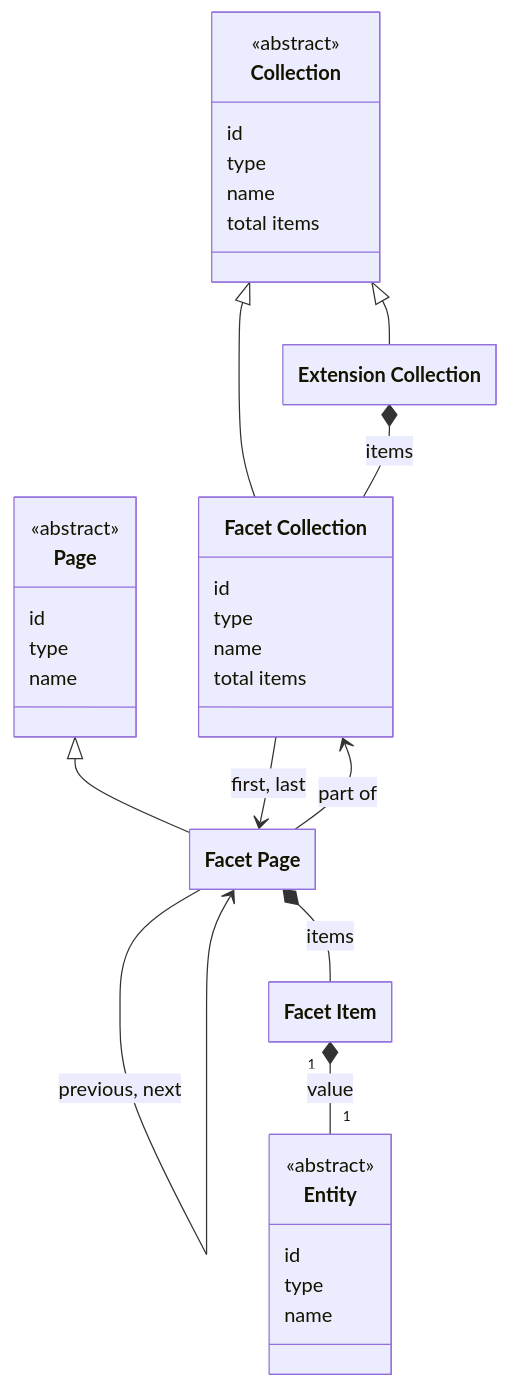
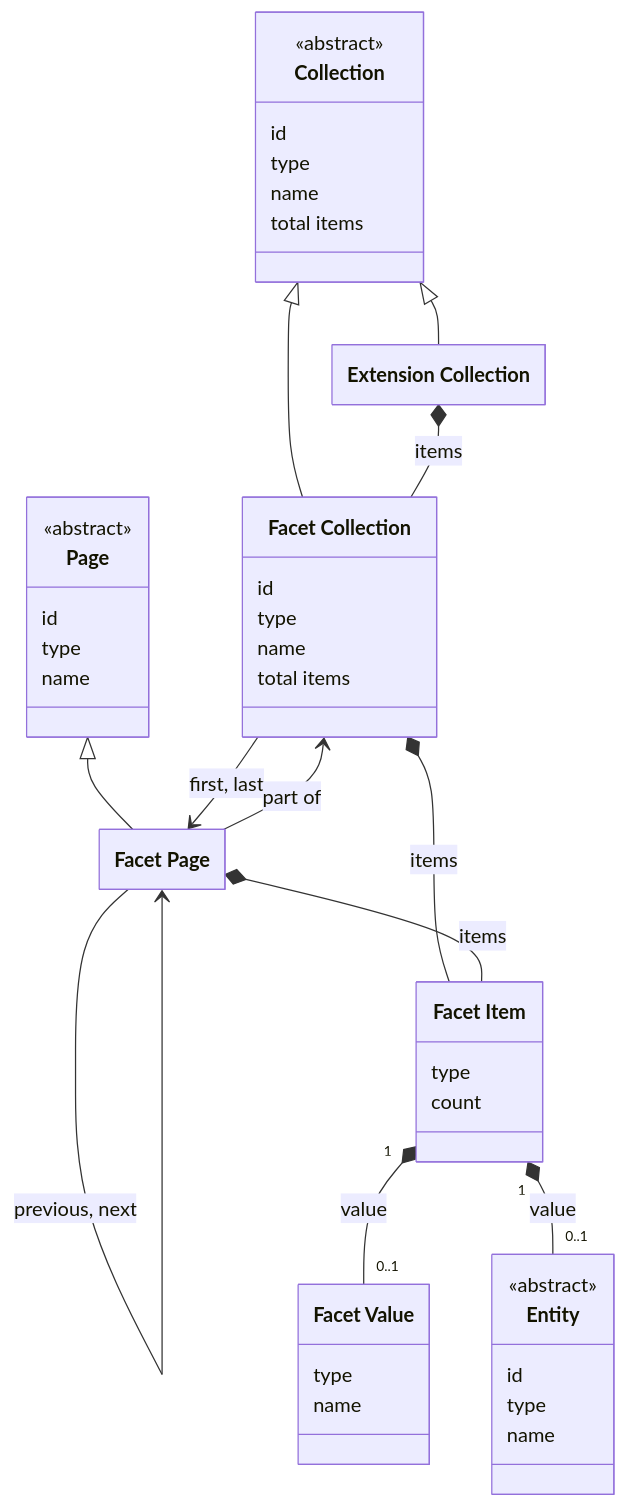
One commit to netwerk-digitaal-erfgoed/netwerk-digitaal-erfgoed.github.io changed the diagram in docs/requirements/data-layer-api/rest/facets.md. Above: the diagram before and after it, drawn with Mermaid. The commit also changed other lines of this file and 2 other files, not shown here.

````diff
--- a/docs/requirements/data-layer-api/rest/facets.md
+++ b/docs/requirements/data-layer-api/rest/facets.md
@@ -35,52 +36,62 @@
 ```mermaid
 ---
   config:
     class:
       hideEmptyMembersBox: true
 ---
 classDiagram
 
 class Collection["Collection"] {
   <<abstract>>
   id
   type
   name
   total items
 }
 
 class ExtensionCollection["Extension Collection"]
 
 class FacetCollection["Facet Collection"] {
   id
   type
   name
   total items
 }
 
 class Page["Page"] {
   <<abstract>>
   id
   type
   name
 }
 
 class FacetPage["Facet Page"]
-class FacetItem["Facet Item"]
+class FacetItem["Facet Item"] {
+  type
+  count
+}
+
+class FacetValue["Facet Value"] {
+  type
+  name
+}
 
 class Entity {
   <<abstract>>
   id
   type
   name
 }
 
 Collection <|-- ExtensionCollection
 Collection <|-- FacetCollection
 Page <|-- FacetPage
 ExtensionCollection *-- FacetCollection : items
 FacetCollection --> FacetPage : first, last
+FacetCollection *-- FacetItem : items
 FacetPage --> FacetCollection : part of
 FacetPage --> FacetPage : previous, next
 FacetPage *-- FacetItem : items
-FacetItem "1" *-- "1" Entity  : value
+FacetItem "1" *-- "0..1" FacetValue : value
+FacetItem "1" *-- "0..1" Entity  : value
 ```
````
